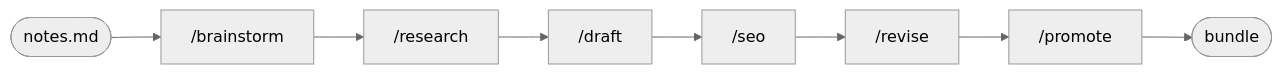
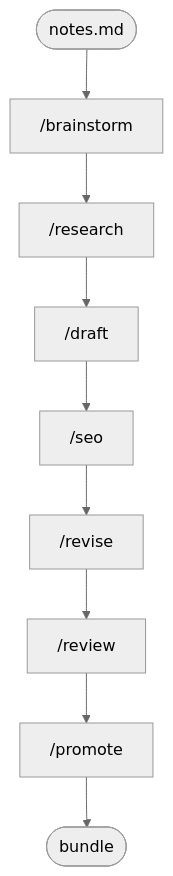
Before and after one commit to JoseParrenoGarcia/newsletter-engine: the diagram in README.md, drawn with Mermaid (neutral theme). The commit also changed other lines of this file and 19 other files, not shown here.

````diff
--- a/README.md
+++ b/README.md
@@ -9,10 +9,11 @@
 ```mermaid
-flowchart LR
+flowchart TD
     A([notes.md]) --> B["/brainstorm"]
     B --> C["/research"]
     C --> D["/draft"]
     D --> E["/seo"]
     E --> F["/revise"]
-    F --> G["/promote"]
-    G --> H([bundle])
+    F --> G["/review"]
+    G --> H["/promote"]
+    H --> I([bundle])
 ```
````
